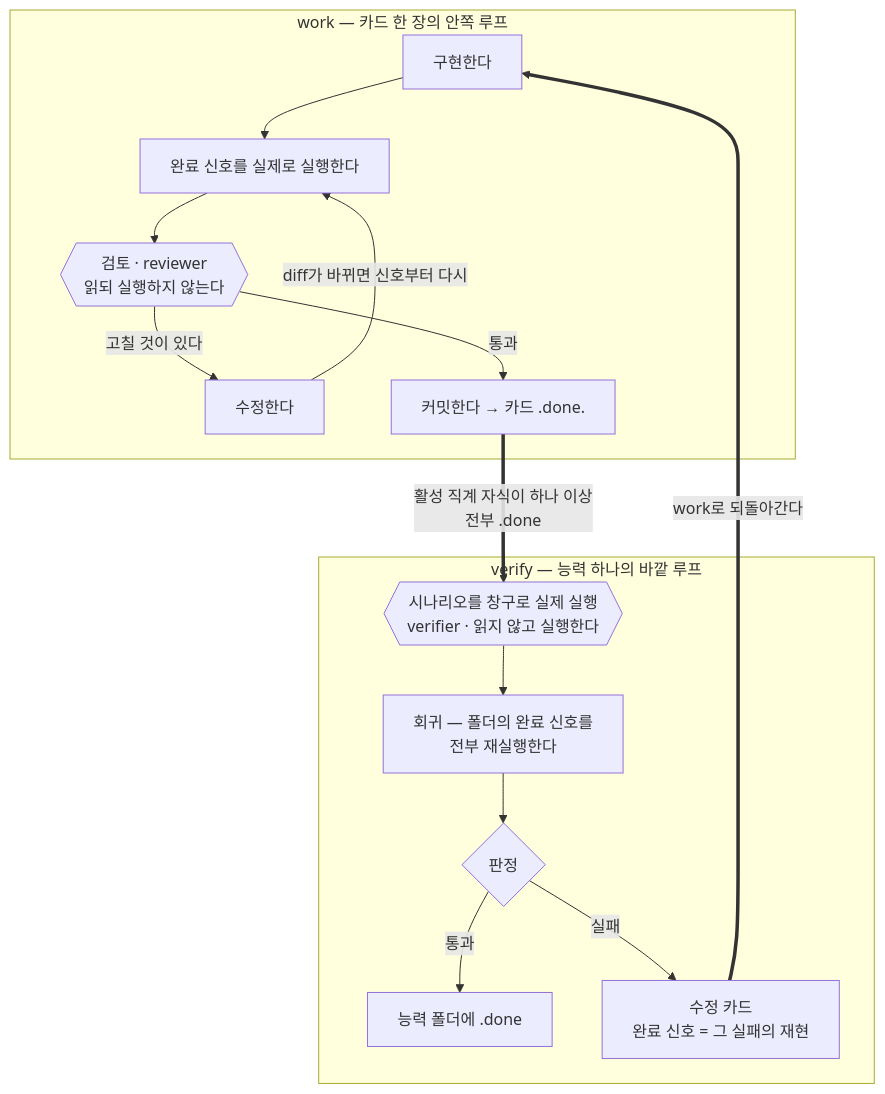
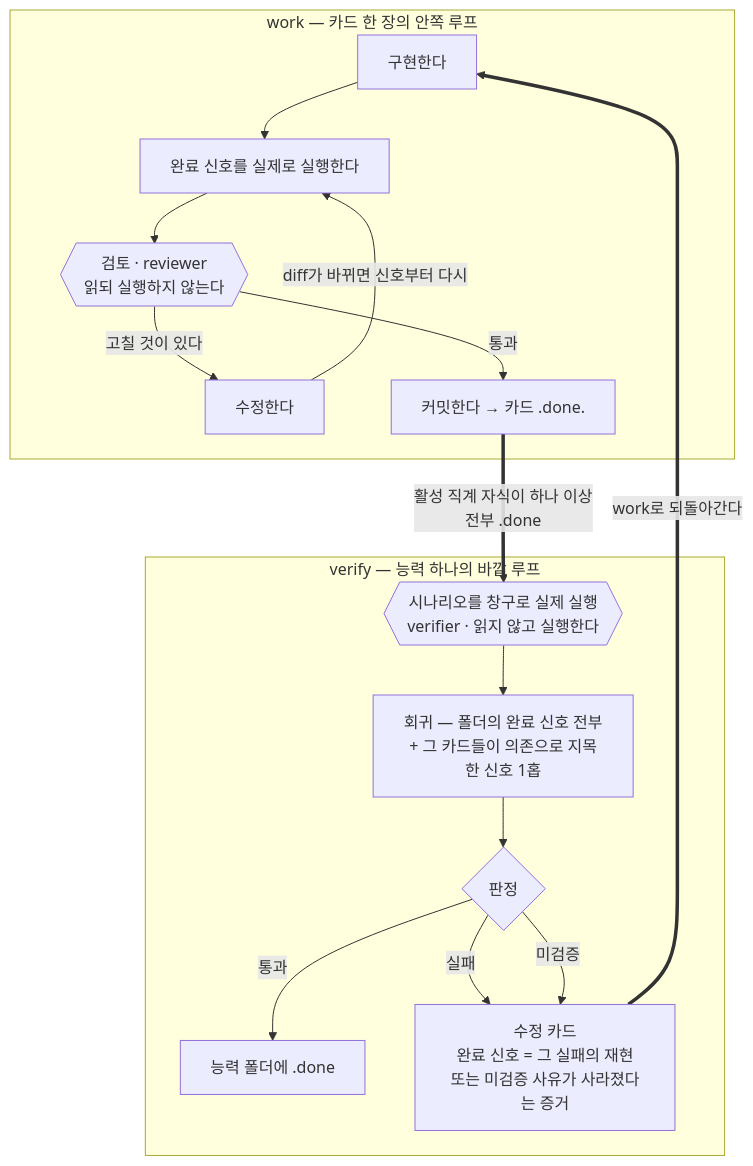
Before and after one commit to nanomia-ai/devflow: the third of 5 diagrams in README_ko.md, drawn with Mermaid. The commit also changed other lines of this file and 12 other files, not shown here.

````diff
--- a/README_ko.md
+++ b/README_ko.md
@@ -193,18 +231,19 @@
 ```mermaid
 flowchart TB
     subgraph W["work — 카드 한 장의 안쪽 루프"]
         I["구현한다"] --> CS["완료 신호를 실제로 실행한다"]
         CS --> RV{{"검토 · reviewer<br>읽되 실행하지 않는다"}}
         RV -->|"고칠 것이 있다"| FX["수정한다"]
         FX -->|"diff가 바뀌면 신호부터 다시"| CS
         RV -->|"통과"| CM["커밋한다 → 카드 .done."]
     end
     subgraph V["verify — 능력 하나의 바깥 루프"]
-        SC{{"시나리오를 창구로 실제 실행<br>verifier · 읽지 않고 실행한다"}} --> RG["회귀 — 폴더의 완료 신호를<br>전부 재실행한다"]
+        SC{{"시나리오를 창구로 실제 실행<br>verifier · 읽지 않고 실행한다"}} --> RG["회귀 — 폴더의 완료 신호 전부<br>+ 그 카드들이 의존으로 지목한 신호 1홉"]
         RG --> VD{"판정"}
         VD -->|"통과"| CD["능력 폴더에 .done"]
-        VD -->|"실패"| FC["수정 카드<br>완료 신호 = 그 실패의 재현"]
+        VD -->|"실패"| FC["수정 카드<br>완료 신호 = 그 실패의 재현<br>또는 미검증 사유가 사라졌다는 증거"]
+        VD -->|"미검증"| FC
     end
     CM ==>|"활성 직계 자식이 하나 이상<br>전부 .done"| SC
     FC ==>|"work로 되돌아간다"| I
 ```
````
